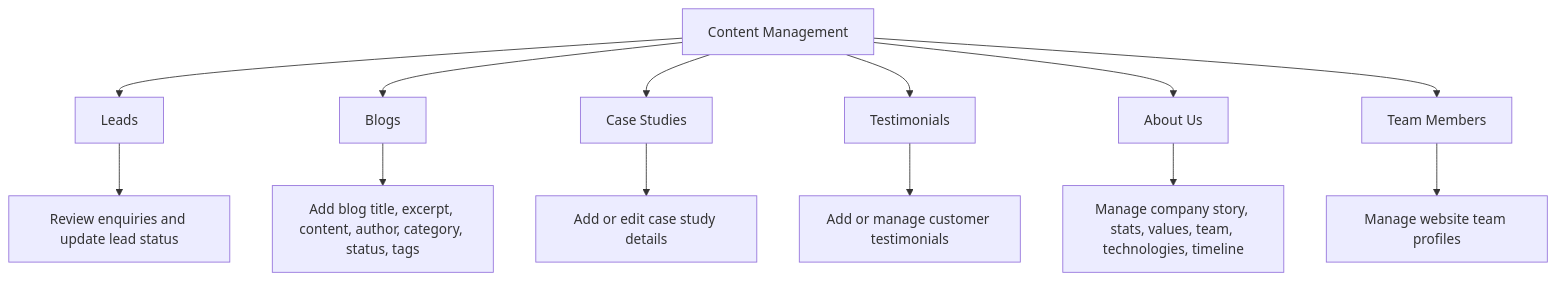
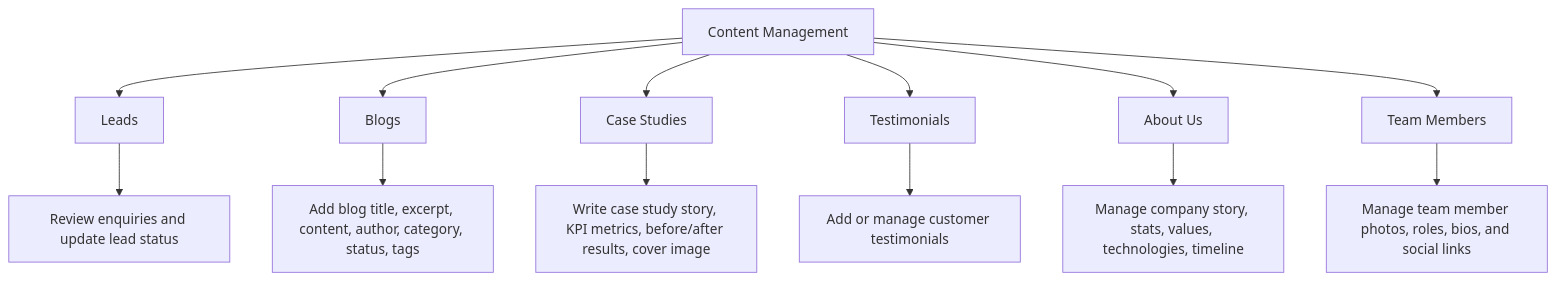
The eighth of 11 diagrams in docs/admin-dashboard-workflow.md (Vishad-N/newSimbolo), drawn with Mermaid before and after one commit. The commit also changed other lines of this file and 27 other files, not shown here.

````diff
--- a/docs/admin-dashboard-workflow.md
+++ b/docs/admin-dashboard-workflow.md
@@ -286,16 +320,16 @@
 ```mermaid
 flowchart TD
     A[Content Management] --> B[Leads]
     A --> C[Blogs]
     A --> D[Case Studies]
     A --> E[Testimonials]
     A --> F[About Us]
     A --> G[Team Members]
 
     B --> B1[Review enquiries and update lead status]
     C --> C1[Add blog title, excerpt, content, author, category, status, tags]
-    D --> D1[Add or edit case study details]
+    D --> D1[Write case study story, KPI metrics, before/after results, cover image]
     E --> E1[Add or manage customer testimonials]
-    F --> F1[Manage company story, stats, values, team, technologies, timeline]
-    G --> G1[Manage website team profiles]
+    F --> F1[Manage company story, stats, values, technologies, timeline]
+    G --> G1[Manage team member photos, roles, bios, and social links]
 ```
````
